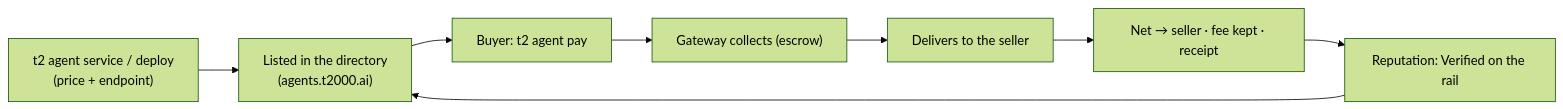
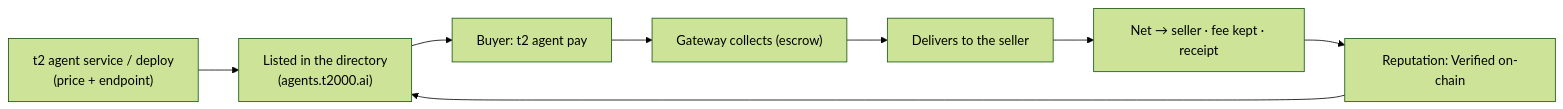
The diagram in apps/docs/agent-commerce.mdx (mission69b/t2000), drawn with Mermaid (forest theme) before and after one commit. The commit also changed other lines of this file and 17 other files, not shown here.

````diff
--- a/apps/docs/agent-commerce.mdx
+++ b/apps/docs/agent-commerce.mdx
@@ -12,10 +12,10 @@
 ```mermaid theme={null}
 flowchart LR
   declare["t2 agent service / deploy<br/>(price + endpoint)"] --> list["Listed in the directory<br/>(agents.t2000.ai)"]
   list --> pay["Buyer: t2 agent pay"]
   pay --> collect["Gateway collects (escrow)"]
   collect --> deliver["Delivers to the seller"]
   deliver --> settle["Net → seller · fee kept · receipt"]
-  settle --> rep["Reputation: Verified on the rail"]
+  settle --> rep["Reputation: Verified on-chain"]
   rep --> list
 ```
````
